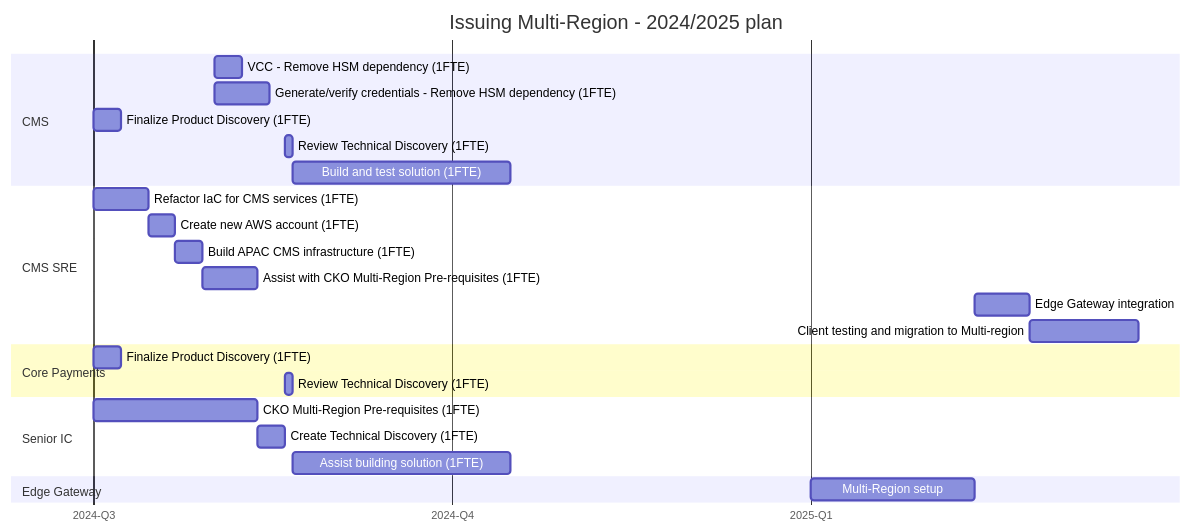
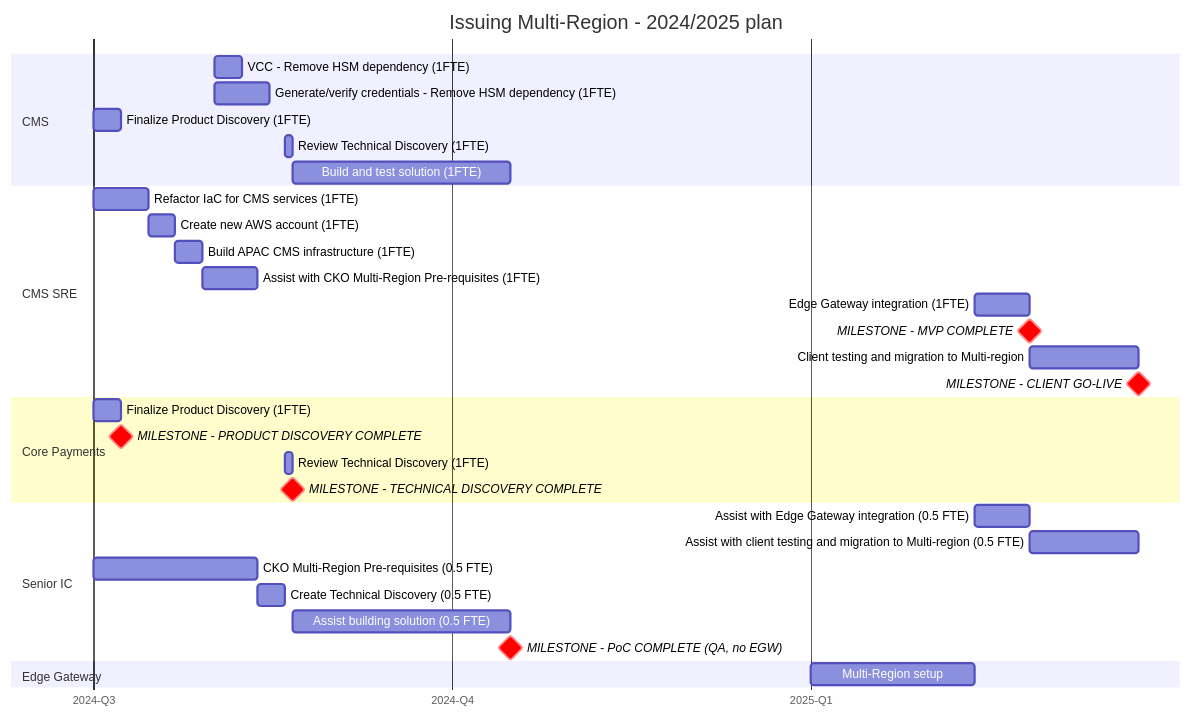
The diagram in emerging-products/issuing/multi-region/project-plan/project-plan.mmd (mark-gossa-cko/draft-docs), drawn with Mermaid before and after one commit.

Commit message:
Adds milestones to CKOMR project plan

```diff
--- a/emerging-products/issuing/multi-region/project-plan/project-plan.mmd
+++ b/emerging-products/issuing/multi-region/project-plan/project-plan.mmd
@@ -1,28 +1,35 @@
 gantt
     title Issuing Multi-Region - 2024/2025 plan
     dateFormat YYYY-Q
     axisFormat %Y-Q%q
     tickInterval 3month
     todayMarker off
     section CMS
         VCC - Remove HSM dependency (1FTE):2024-8, 7d
         Generate/verify credentials - Remove HSM dependency (1FTE):2024-8, 14d
         Finalize Product Discovery (1FTE): 2024-7, 7d
         Review Technical Discovery (1FTE): cms1, after SeniorIc2, 2d
         Build and test solution (1FTE): cms2, after cms1, 56d
     section CMS SRE
         Refactor IaC for CMS services (1FTE): CmsSre1, 2024-7, 14d
         Create new AWS account (1FTE): CmsSre2, after CmsSre1, 7d
         Build APAC CMS infrastructure (1FTE): after CmsSre2, 7d
         Assist with CKO Multi-Region Pre-requisites (1FTE): 14d
-        Edge Gateway integration: after egw1, 14d
+        Edge Gateway integration (1FTE): after egw1, 14d
+        MILESTONE - MVP COMPLETE: crit, milestone, m1
         Client testing and migration to Multi-region: 28d
+        MILESTONE - CLIENT GO-LIVE: crit, milestone, m1
     section Core Payments
         Finalize Product Discovery (1FTE): 2024-7, 7d
+        MILESTONE - PRODUCT DISCOVERY COMPLETE: crit, milestone, m1
         Review Technical Discovery (1FTE): after SeniorIc2, 2d
+        MILESTONE - TECHNICAL DISCOVERY COMPLETE: crit, milestone, m1
     section Senior IC
-        CKO Multi-Region Pre-requisites (1FTE): SeniorIc1, 2024-7, 42d
-        Create Technical Discovery (1FTE): SeniorIc2, after SeniorIc1, 7d
-        Assist building solution (1FTE): after cms1, 56d
+        Assist with Edge Gateway integration (0.5 FTE): after egw1, 14d
+        Assist with client testing and migration to Multi-region (0.5 FTE): 28d
+        CKO Multi-Region Pre-requisites (0.5 FTE): SeniorIc1, 2024-7, 42d
+        Create Technical Discovery (0.5 FTE): SeniorIc2, after SeniorIc1, 7d
+        Assist building solution (0.5 FTE): after cms1, 56d
+        MILESTONE - PoC COMPLETE (QA, no EGW): crit, milestone, m1
     section Edge Gateway
         Multi-Region setup: egw1, 2025-1, 42d
```
